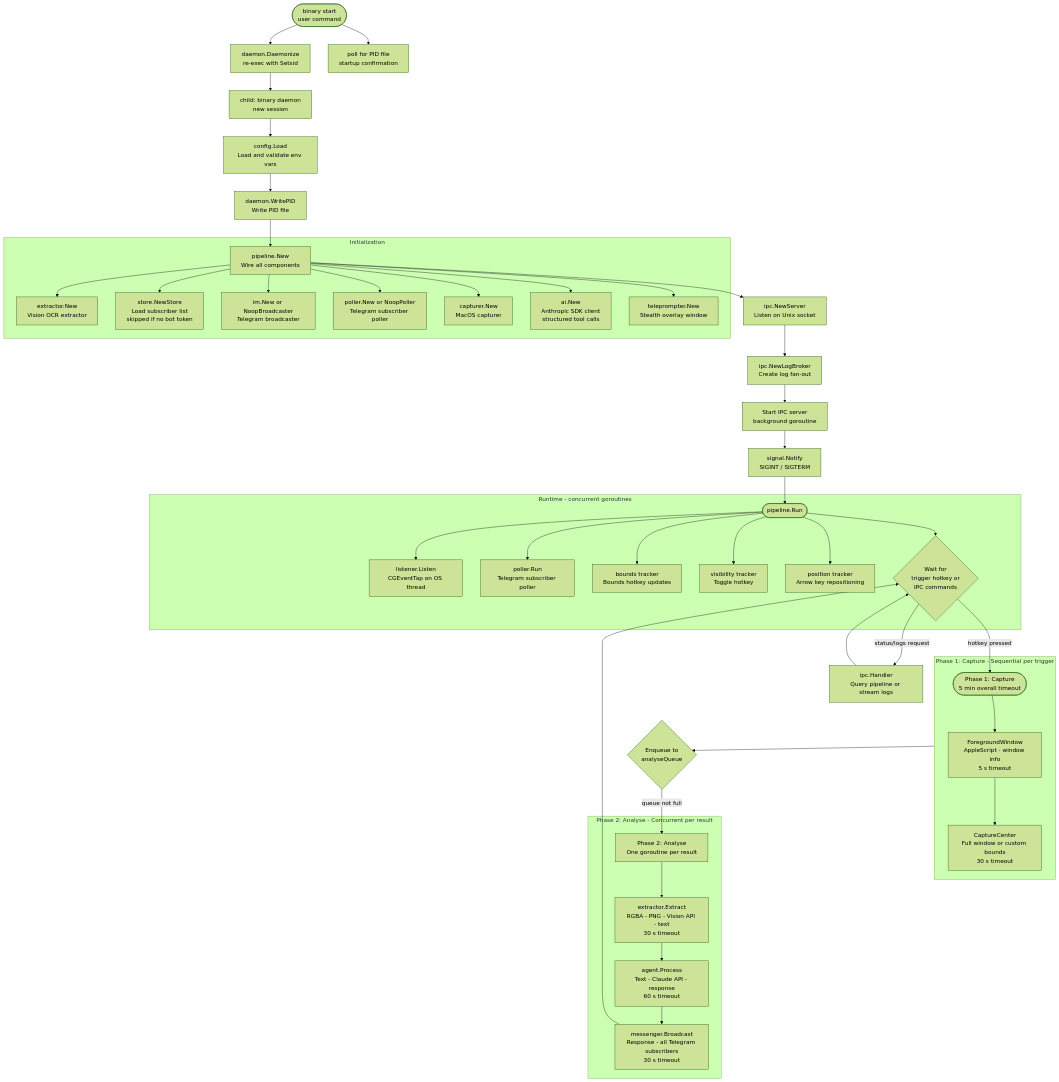
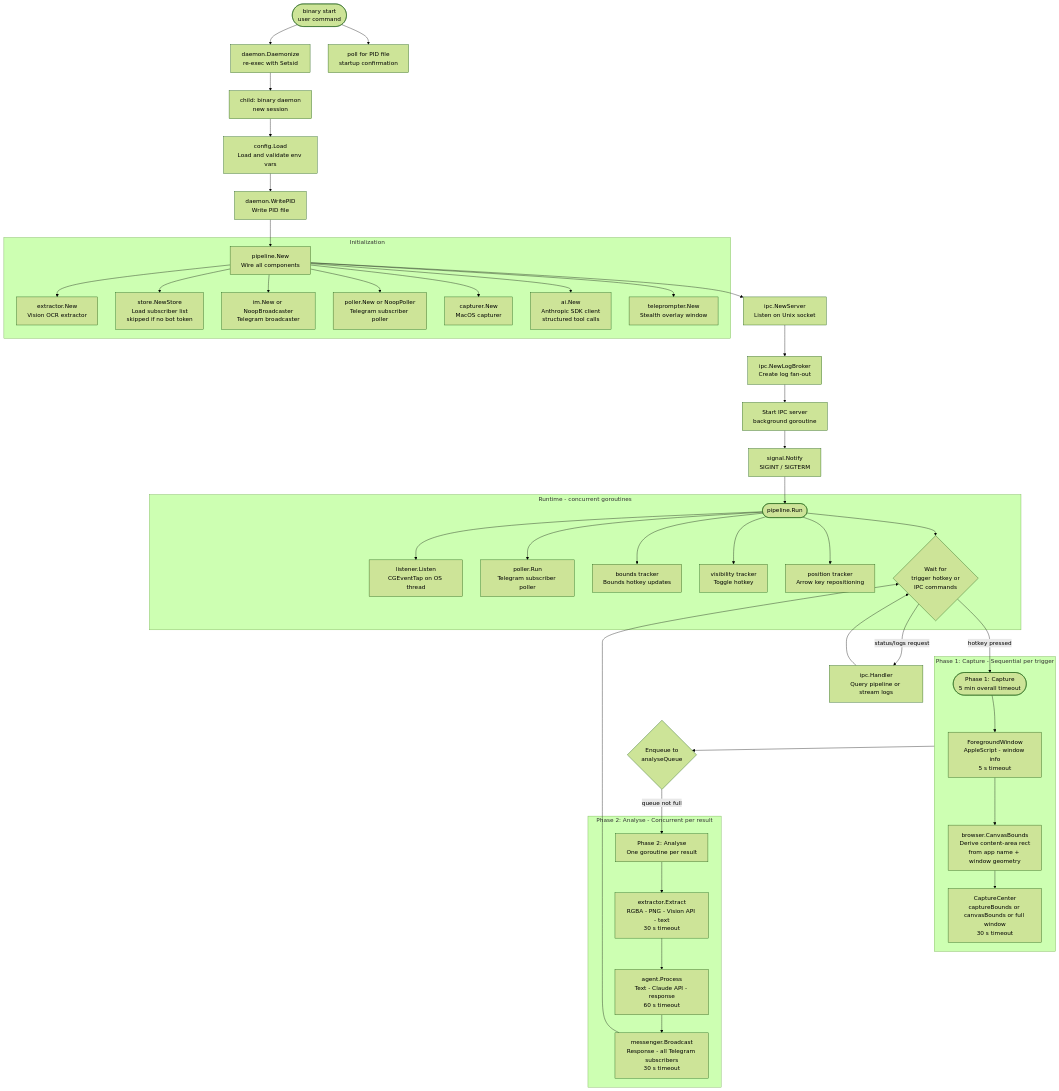
The first of 3 diagrams in docs/ARCHITECTURE.md (vdyalex/lens-daemon), drawn with Mermaid (forest theme) before and after one commit. The commit also changed other lines of this file and 8 other files, not shown here.

First line of the commit message:
feat(browser): add canvas bounds detection for browser content-area capture

````diff
--- a/docs/ARCHITECTURE.md
+++ b/docs/ARCHITECTURE.md
@@ -67,55 +68,56 @@
 ```mermaid
 flowchart TD
     A([binary start<br/>user command]) --> B[daemon.Daemonize<br/>re-exec with Setsid]
     B --> C[child: binary daemon<br/>new session]
     A --> D[poll for PID file<br/>startup confirmation]
 
     C --> E[config.Load<br/>Load and validate env vars]
     E --> F[daemon.WritePID<br/>Write PID file]
     F --> G[pipeline.New<br/>Wire all components]
     G --> H[ipc.NewServer<br/>Listen on Unix socket]
 
     subgraph Init[Initialization]
         G --> I[extractor.New<br/>Vision OCR extractor]
         G --> J[store.NewStore<br/>Load subscriber list<br/>skipped if no bot token]
         G --> K[im.New or NoopBroadcaster<br/>Telegram broadcaster]
         G --> L[poller.New or NoopPoller<br/>Telegram subscriber poller]
         G --> M[capturer.New<br/>MacOS capturer]
         G --> N[ai.New<br/>Anthropic SDK client<br/>structured tool calls]
         G --> O2[teleprompter.New<br/>Stealth overlay window]
     end
 
     H --> O[ipc.NewLogBroker<br/>Create log fan-out]
     O --> P[Start IPC server<br/>background goroutine]
     P --> Q[signal.Notify<br/>SIGINT / SIGTERM]
     Q --> R([pipeline.Run])
 
     subgraph Runtime[Runtime - concurrent goroutines]
         R --> S[listener.Listen<br/>CGEventTap on OS thread]
         R --> T[poller.Run<br/>Telegram subscriber poller]
         R --> U[bounds tracker<br/>Bounds hotkey updates]
         R --> U2[visibility tracker<br/>Toggle hotkey]
         R --> U3[position tracker<br/>Arrow key repositioning]
         R --> V{Wait for<br/>trigger hotkey or<br/>IPC commands}
     end
 
     V -->|status/logs request| W[ipc.Handler<br/>Query pipeline or stream logs]
     V -->|hotkey pressed| X([Phase 1: Capture<br/>5 min overall timeout])
 
     subgraph Phase1[Phase 1: Capture - Sequential per trigger]
         X --> Y[ForegroundWindow<br/>AppleScript - window info<br/>5 s timeout]
-        Y --> Z[CaptureCenter<br/>Full window or custom bounds<br/>30 s timeout]
+        Y --> Y2[browser.CanvasBounds<br/>Derive content-area rect<br/>from app name + window geometry]
+        Y2 --> Z[CaptureCenter<br/>captureBounds or canvasBounds or full window<br/>30 s timeout]
     end
 
     Phase1 --> X2{Enqueue to<br/>analyseQueue}
     X2 -->|queue not full| X3[Phase 2: Analyse<br/>One goroutine per result]
 
     subgraph Phase2[Phase 2: Analyse - Concurrent per result]
         X3 --> AA[extractor.Extract<br/>RGBA - PNG - Vision API - text<br/>30 s timeout]
         AA --> AB[agent.Process<br/>Text - Claude API - response<br/>60 s timeout]
         AB --> AC[messenger.Broadcast<br/>Response - all Telegram subscribers<br/>30 s timeout]
     end
 
     AC --> V
     W --> V
 ```
````
